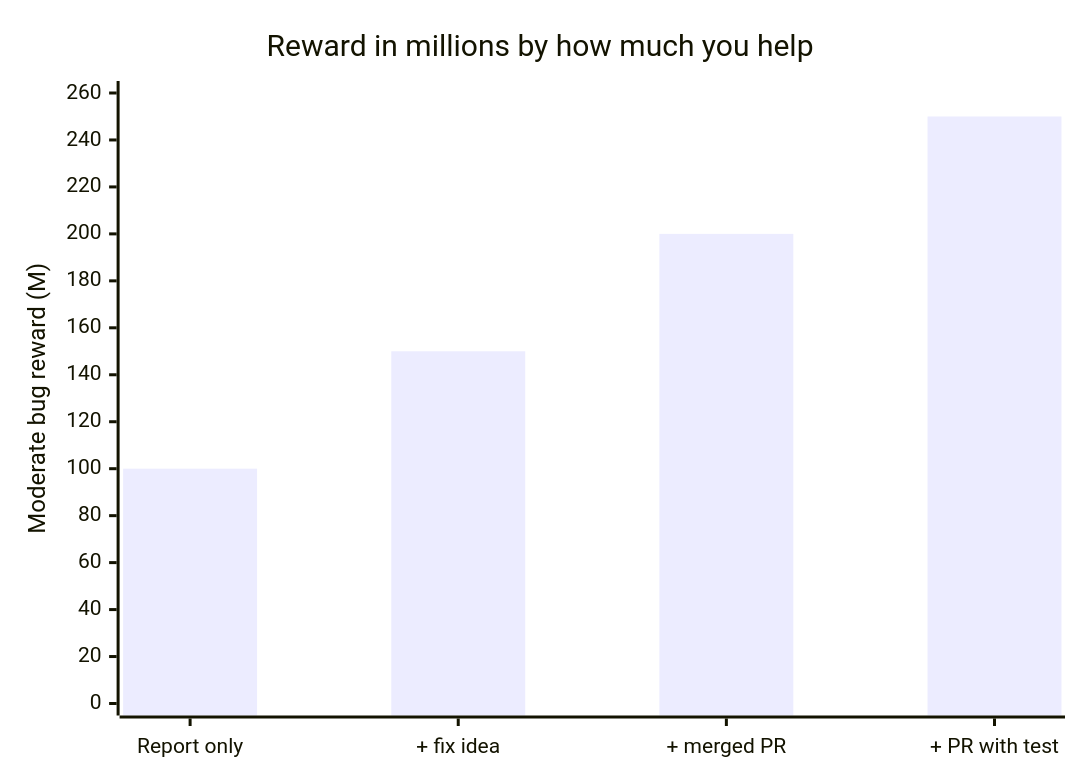
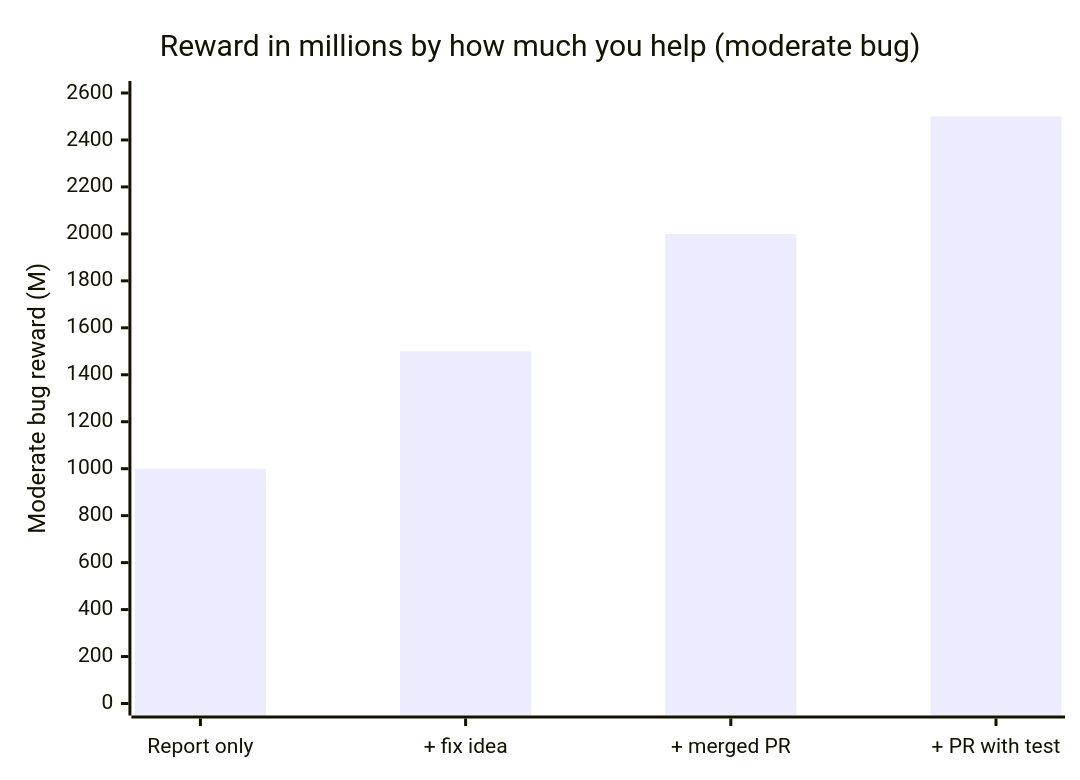
The fourth of 6 diagrams in README.md (Manbo04/AnO-Reborn), drawn with Mermaid before and after one commit. The commit also changed other lines of this file and 2 other files, not shown here.

````diff
--- a/README.md
+++ b/README.md
@@ -170,7 +170,7 @@
 ```mermaid
 xychart-beta
-    title "Reward in millions by how much you help"
+    title "Reward in millions by how much you help (moderate bug)"
     x-axis ["Report only", "+ fix idea", "+ merged PR", "+ PR with test"]
-    y-axis "Moderate bug reward (M)" 0 --> 260
-    bar [100, 150, 200, 250]
+    y-axis "Moderate bug reward (M)" 0 --> 2600
+    bar [1000, 1500, 2000, 2500]
 ```
````
